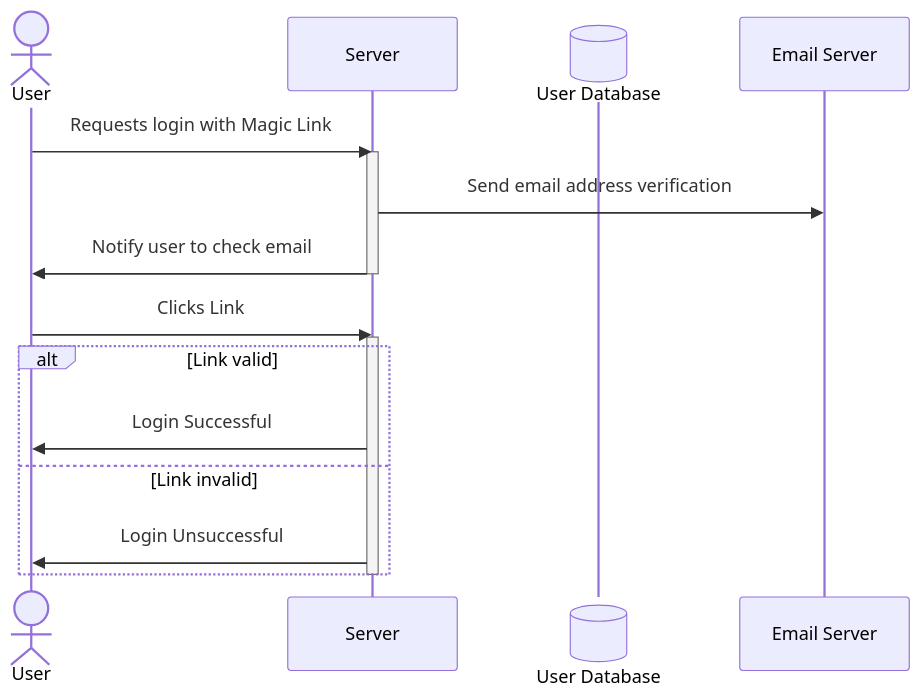
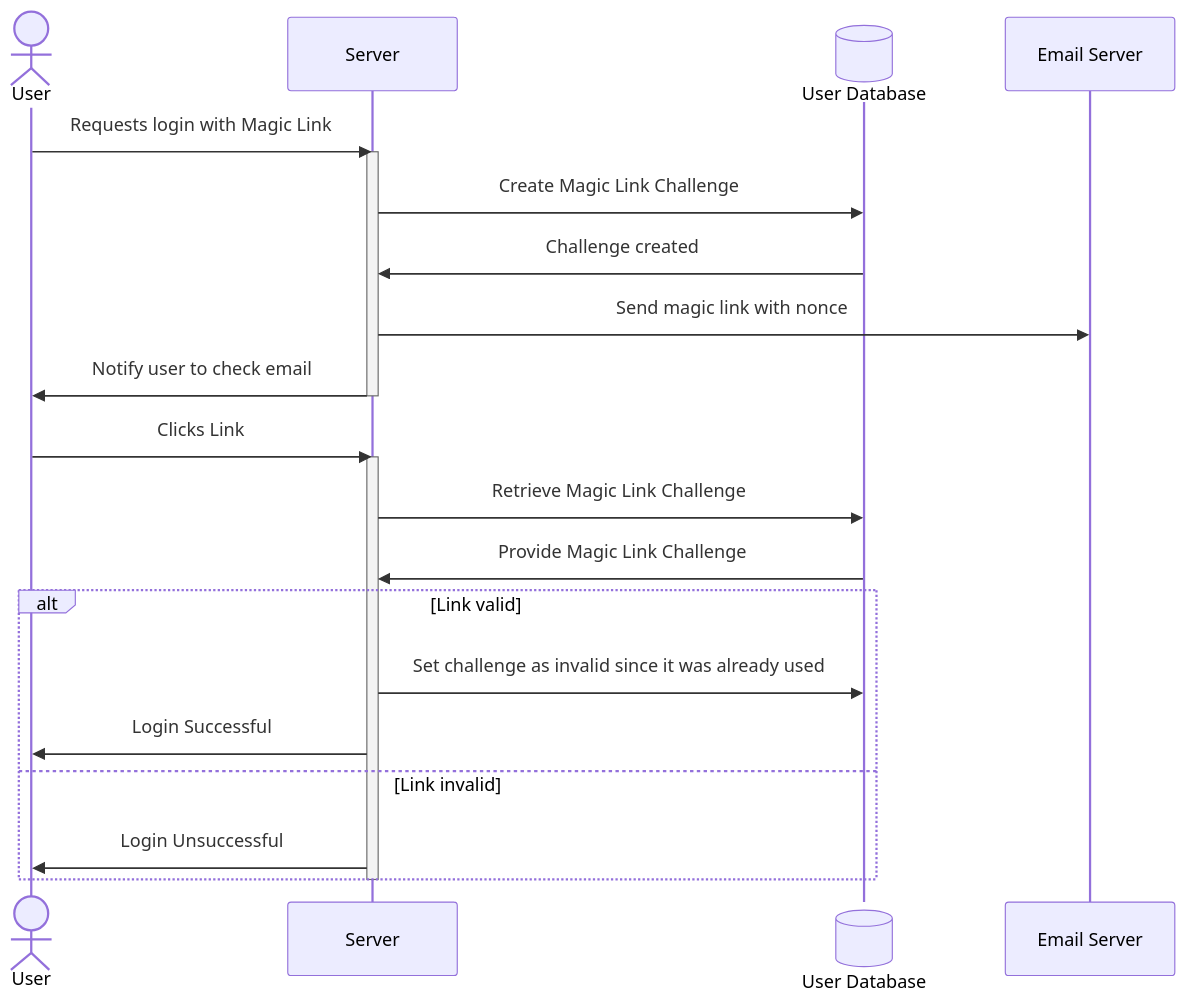
The sixth of 6 diagrams in _drafts/an-architecture-for-passworless-authentication.markdown (tantalum/tantalum.github.io), drawn with Mermaid before and after one commit. The commit also changed other lines of this file, not shown here.

Commit message:
Authentication Challenge Entities and more content on Magic Link authentication

```diff
--- a/_drafts/an-architecture-for-passworless-authentication.markdown
+++ b/_drafts/an-architecture-for-passworless-authentication.markdown
@@ -183,20 +206,25 @@
 <pre class="mermaid">
 sequenceDiagram
     actor User
     participant Server
     participant DB@{ "type": "database", "alias": "User Database"}
     participant EmailServer@{ "alias": "Email Server"}
     User->>Server: Requests login with Magic Link
     activate Server
-    Server->>EmailServer: Send email address verification
+    Server->>DB: Create Magic Link Challenge
+    DB->>Server: Challenge created
+    Server->>EmailServer: Send magic link with nonce
     Server->>User: Notify user to check email
     deactivate Server
     User->>Server: Clicks Link
     activate Server
+    Server->>DB: Retrieve Magic Link Challenge
+    DB->>Server: Provide Magic Link Challenge
     alt Link valid
+        Server->>DB: Set challenge as invalid since it was already used
     	Server->>User: Login Successful
     else Link invalid
     	Server->>User: Login Unsuccessful
     end
     deactivate Server
 </pre>
```
